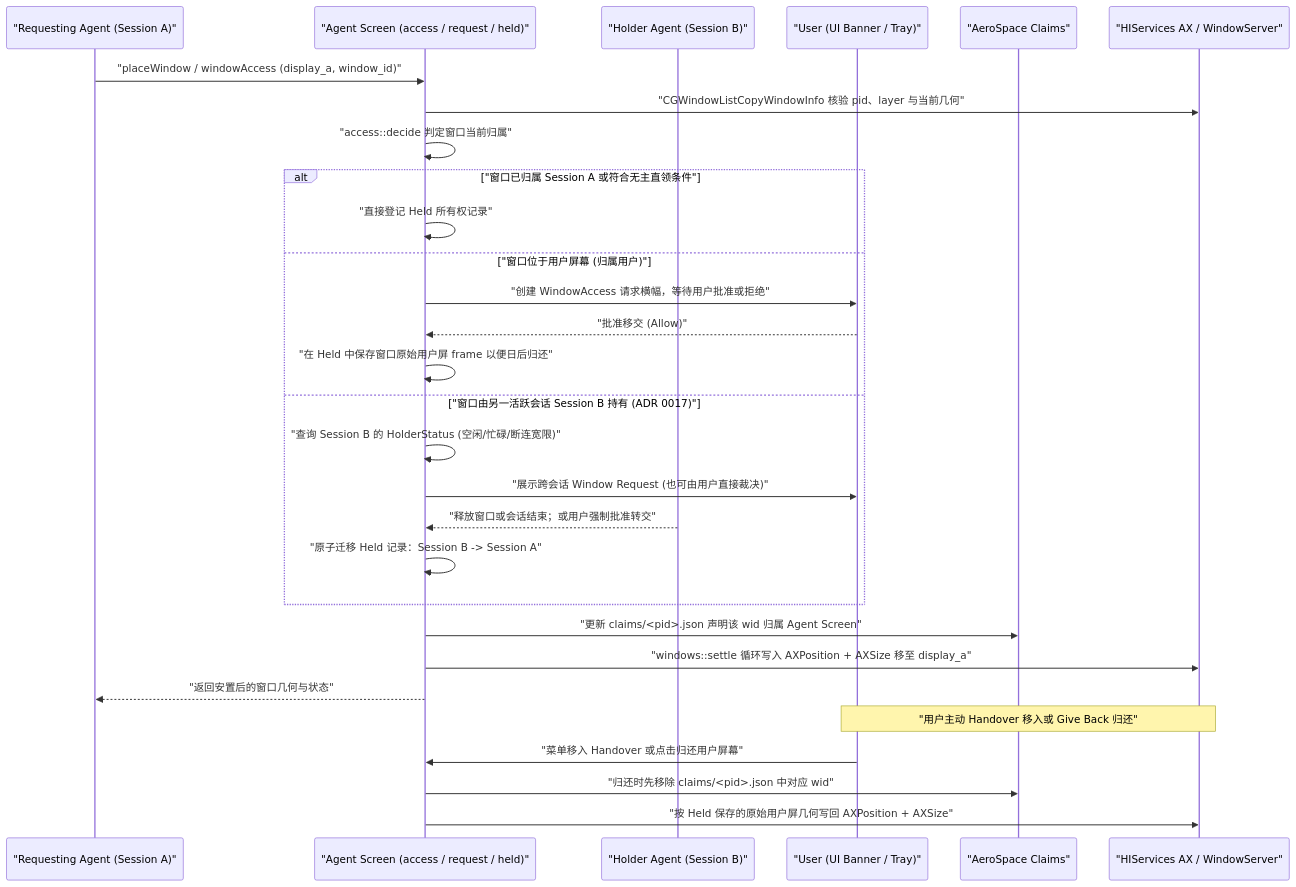
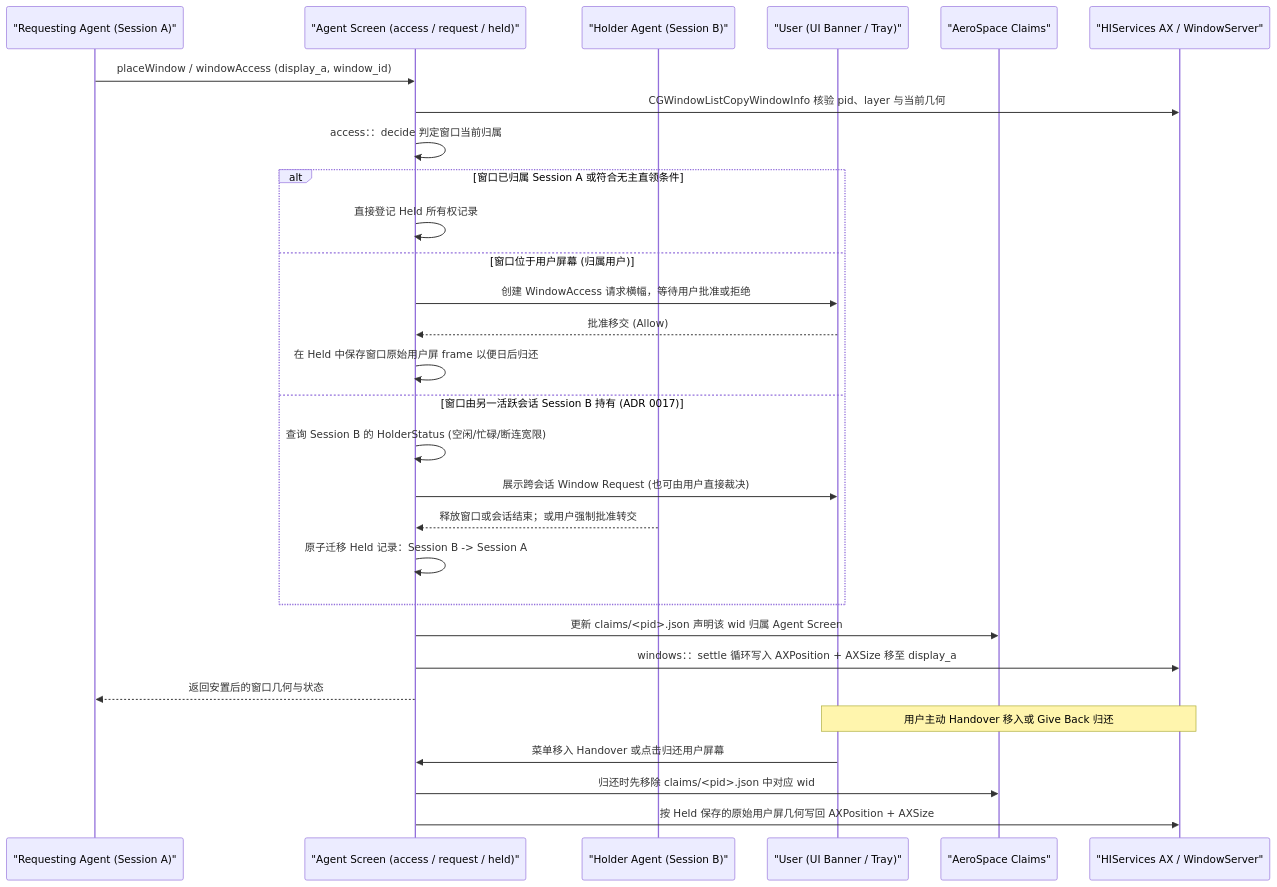
Before and after one commit to Fanzzzd/agent-screen: the diagram in docs/flows/04-place-window-and-handover.md, drawn with Mermaid. The commit also changed 14 other files, not shown here.

Commit message:
The flow maps' Mermaid labels drop quotes, semicolons and inner colons, which stopped four diagrams from rendering

````diff
--- a/docs/flows/04-place-window-and-handover.md
+++ b/docs/flows/04-place-window-and-handover.md
@@ -7,35 +7,35 @@
 ```mermaid
 sequenceDiagram
     participant AgentA as "Requesting Agent (Session A)"
     participant Core as "Agent Screen (access / request / held)"
     participant AgentB as "Holder Agent (Session B)"
     participant User as "User (UI Banner / Tray)"
     participant Aero as "AeroSpace Claims"
     participant AX as "HIServices AX / WindowServer"
 
-    AgentA->>Core: "placeWindow / windowAccess (display_a, window_id)"
-    Core->>AX: "CGWindowListCopyWindowInfo 核验 pid、layer 与当前几何"
-    Core->>Core: "access::decide 判定窗口当前归属"
+    AgentA->>Core : placeWindow / windowAccess (display_a, window_id)
+    Core->>AX : CGWindowListCopyWindowInfo 核验 pid、layer 与当前几何
+    Core->>Core : access：：decide 判定窗口当前归属
 
-    alt "窗口已归属 Session A 或符合无主直领条件"
-        Core->>Core: "直接登记 Held 所有权记录"
-    else "窗口位于用户屏幕 (归属用户)"
-        Core->>User: "创建 WindowAccess 请求横幅，等待用户批准或拒绝"
-        User-->>Core: "批准移交 (Allow)"
-        Core->>Core: "在 Held 中保存窗口原始用户屏 frame 以便日后归还"
-    else "窗口由另一活跃会话 Session B 持有 (ADR 0017)"
-        Core->>Core: "查询 Session B 的 HolderStatus (空闲/忙碌/断连宽限)"
-        Core->>User: "展示跨会话 Window Request (也可由用户直接裁决)"
-        AgentB-->>Core: "释放窗口或会话结束；或用户强制批准转交"
-        Core->>Core: "原子迁移 Held 记录：Session B -> Session A"
+    alt 窗口已归属 Session A 或符合无主直领条件
+        Core->>Core : 直接登记 Held 所有权记录
+    else 窗口位于用户屏幕 (归属用户)
+        Core->>User : 创建 WindowAccess 请求横幅，等待用户批准或拒绝
+        User-->>Core : 批准移交 (Allow)
+        Core->>Core : 在 Held 中保存窗口原始用户屏 frame 以便日后归还
+    else 窗口由另一活跃会话 Session B 持有 (ADR 0017)
+        Core->>Core : 查询 Session B 的 HolderStatus (空闲/忙碌/断连宽限)
+        Core->>User : 展示跨会话 Window Request (也可由用户直接裁决)
+        AgentB-->>Core : 释放窗口或会话结束；或用户强制批准转交
+        Core->>Core : 原子迁移 Held 记录：Session B -> Session A
     end
 
-    Core->>Aero: "更新 claims/<pid>.json 声明该 wid 归属 Agent Screen"
-    Core->>AX: "windows::settle 循环写入 AXPosition + AXSize 移至 display_a"
-    Core-->>AgentA: "返回安置后的窗口几何与状态"
+    Core->>Aero : 更新 claims/<pid>.json 声明该 wid 归属 Agent Screen
+    Core->>AX : windows：：settle 循环写入 AXPosition + AXSize 移至 display_a
+    Core-->>AgentA : 返回安置后的窗口几何与状态
 
-    Note over User,AX: "用户主动 Handover 移入或 Give Back 归还"
-    User->>Core: "菜单移入 Handover 或点击归还用户屏幕"
-    Core->>Aero: "归还时先移除 claims/<pid>.json 中对应 wid"
-    Core->>AX: "按 Held 保存的原始用户屏几何写回 AXPosition + AXSize"
+    Note over User,AX: 用户主动 Handover 移入或 Give Back 归还
+    User->>Core : 菜单移入 Handover 或点击归还用户屏幕
+    Core->>Aero : 归还时先移除 claims/<pid>.json 中对应 wid
+    Core->>AX : 按 Held 保存的原始用户屏几何写回 AXPosition + AXSize
 ```
````
